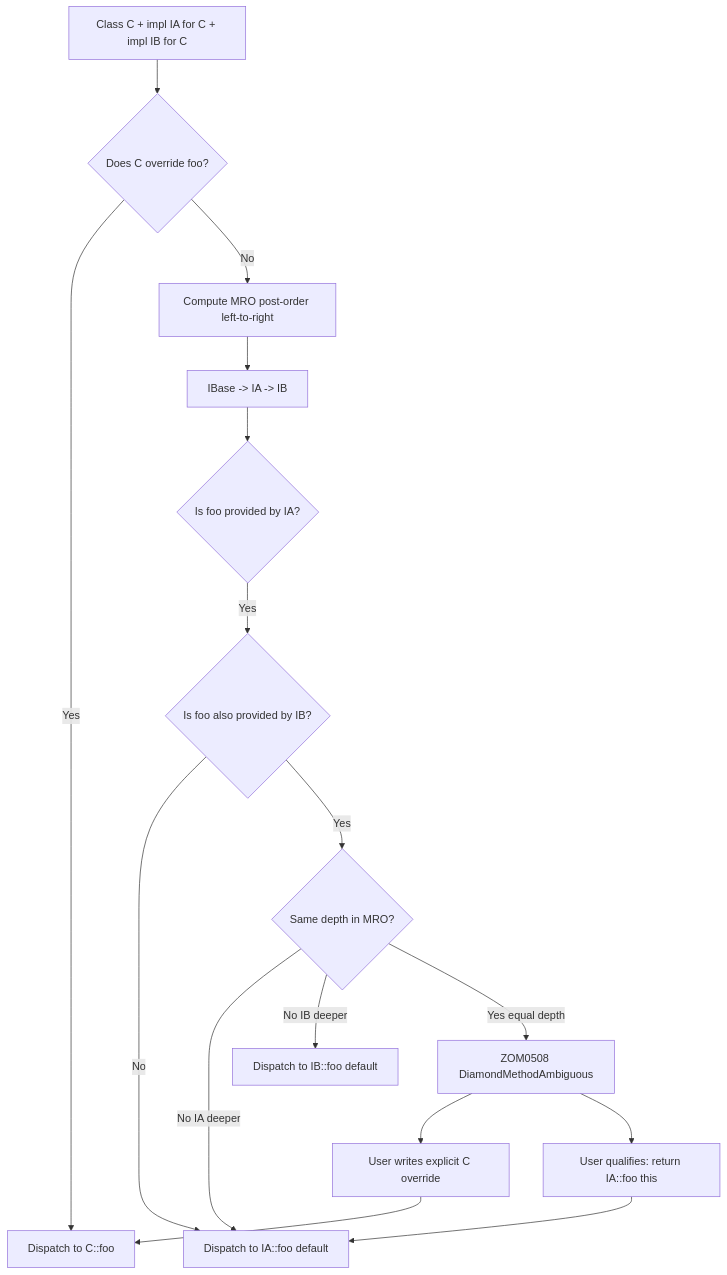
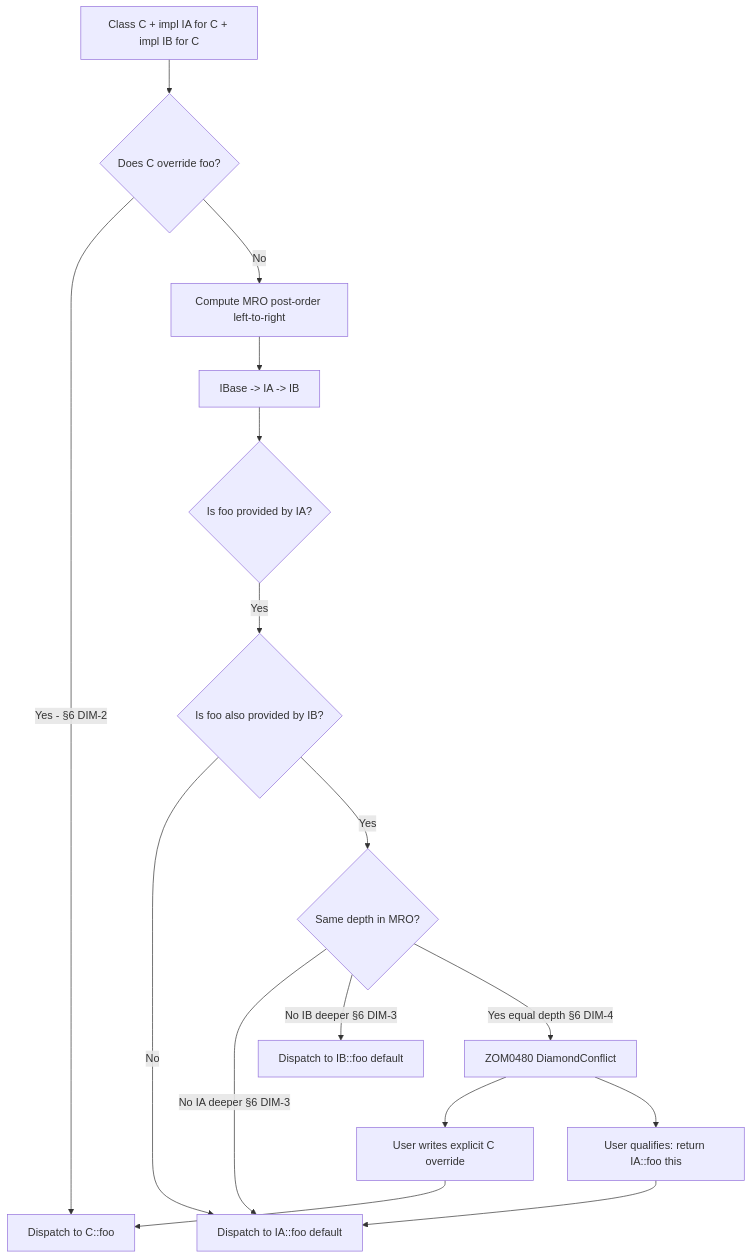
One commit to Zzzode/ZOM changed the second of 3 diagrams in docs/spec/chapters/09-interfaces.md. Above: the diagram before and after it, drawn with Mermaid. The commit also changed other lines of this file and 17 other files, not shown here.

````diff
--- a/docs/spec/chapters/09-interfaces.md
+++ b/docs/spec/chapters/09-interfaces.md
@@ -301,18 +371,18 @@
 ```mermaid
 flowchart TD
     A[Class C + impl IA for C + impl IB for C] --> B{Does C override foo?}
-    B -->|Yes| C[Dispatch to C::foo]
+    B -->|Yes - §6 DIM-2| C[Dispatch to C::foo]
     B -->|No| D[Compute MRO post-order left-to-right]
     D --> E[IBase -> IA -> IB]
     E --> F{Is foo provided by IA?}
     F -->|Yes| G{Is foo also provided by IB?}
     G -->|No| H[Dispatch to IA::foo default]
     G -->|Yes| I{Same depth in MRO?}
-    I -->|No IA deeper| H
-    I -->|No IB deeper| J[Dispatch to IB::foo default]
-    I -->|Yes equal depth| K[ZOM0508 DiamondMethodAmbiguous]
+    I -->|No IA deeper §6 DIM-3| H
+    I -->|No IB deeper §6 DIM-3| J[Dispatch to IB::foo default]
+    I -->|Yes equal depth §6 DIM-4| K[ZOM0480 DiamondConflict]
     K --> L[User writes explicit C override]
     K --> M[User qualifies: return IA::foo this]
     L --> C
     M --> H
 ```
````
